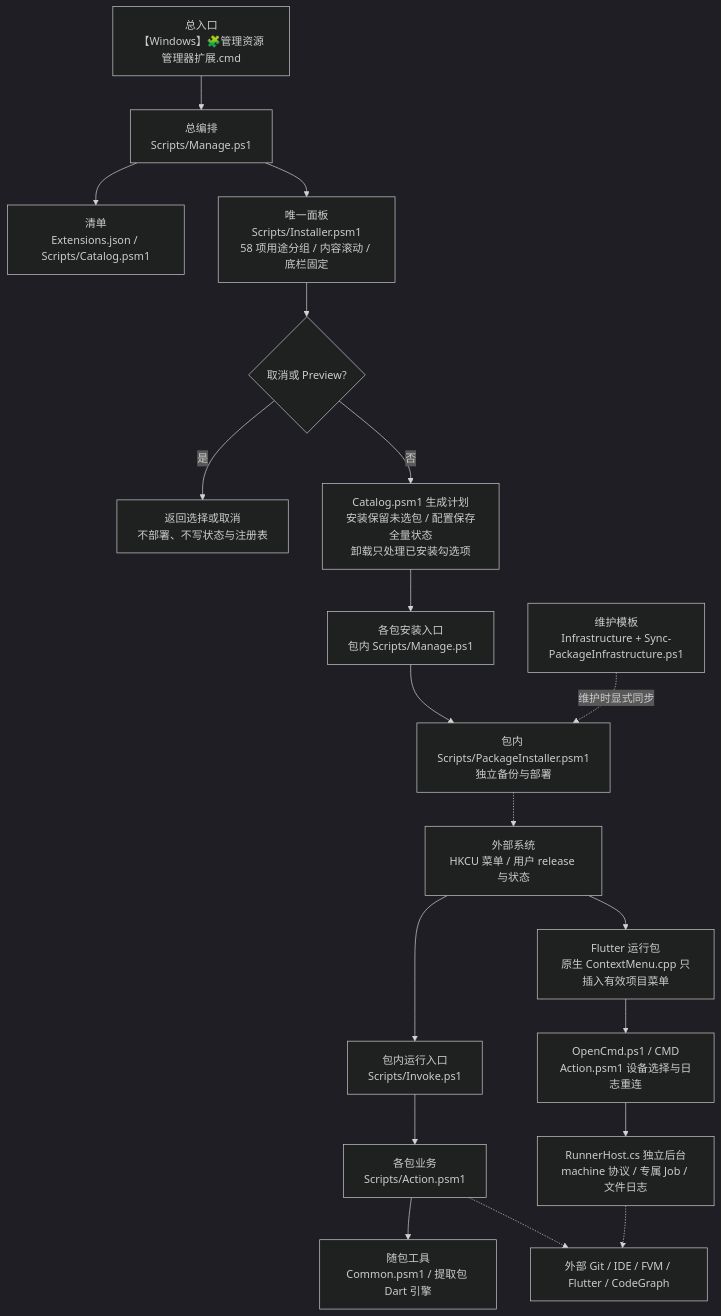
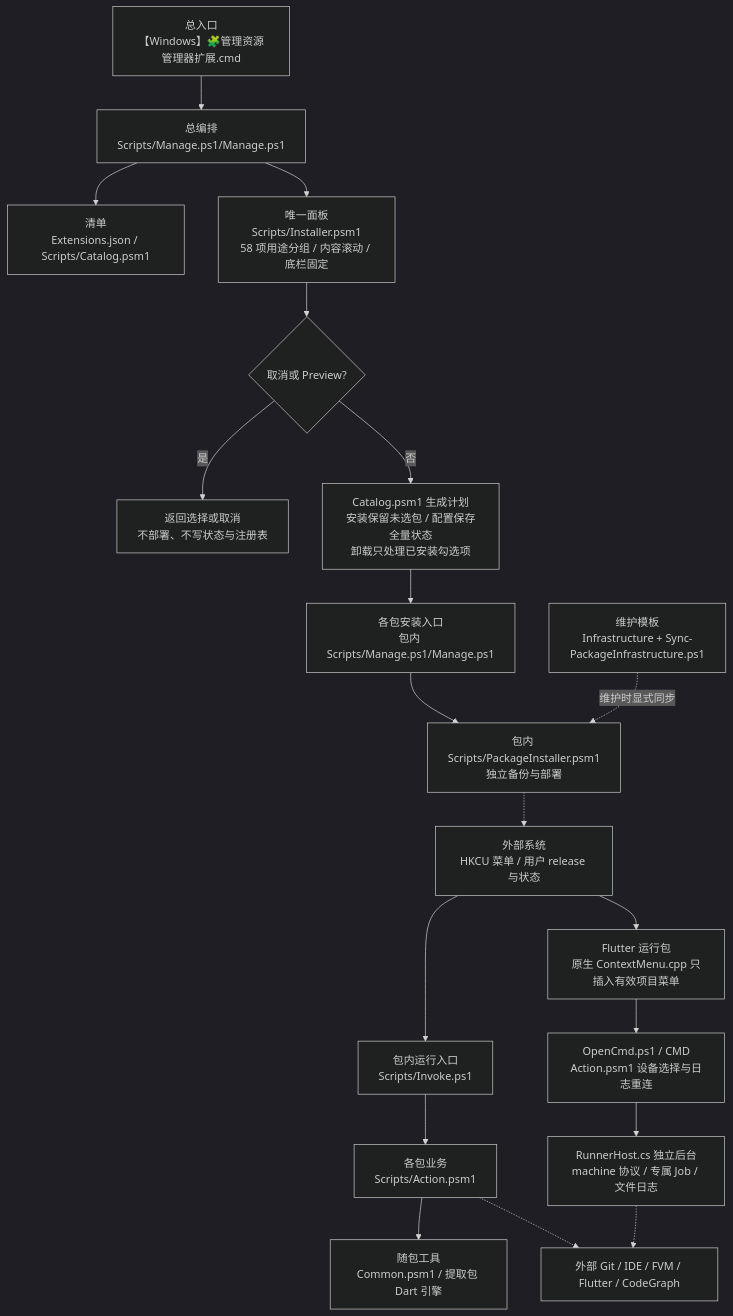
One commit to JobsKits/WindowsOS_Extension changed the first of 3 diagrams in README.md. Above: the diagram before and after it, drawn with Mermaid (dark theme). The commit also changed other lines of this file and 1379 other files, not shown here.

````diff
--- a/README.md
+++ b/README.md
@@ -545,21 +557,21 @@
 ```mermaid
 flowchart TD
-    A["总入口<br/>【Windows】🧩管理资源管理器扩展.cmd"] --> B["总编排<br/>Scripts/Manage.ps1"]
+    A["总入口<br/>【Windows】🧩管理资源管理器扩展.cmd"] --> B["总编排<br/>Scripts/Manage.ps1/Manage.ps1"]
     B --> C["清单<br/>Extensions.json / Scripts/Catalog.psm1"]
     B --> D["唯一面板<br/>Scripts/Installer.psm1<br/>58 项用途分组 / 内容滚动 / 底栏固定"]
     D --> P{"取消或 Preview?"}
     P -->|是| Q["返回选择或取消<br/>不部署、不写状态与注册表"]
     P -->|否| R["Catalog.psm1 生成计划<br/>安装保留未选包 / 配置保存全量状态<br/>卸载只处理已安装勾选项"]
-    R --> E["各包安装入口<br/>包内 Scripts/Manage.ps1"]
+    R --> E["各包安装入口<br/>包内 Scripts/Manage.ps1/Manage.ps1"]
     E --> F["包内 Scripts/PackageInstaller.psm1<br/>独立备份与部署"]
     F -.-> G["外部系统<br/>HKCU 菜单 / 用户 release 与状态"]
     G --> H["包内运行入口<br/>Scripts/Invoke.ps1"]
     H --> I["各包业务<br/>Scripts/Action.psm1"]
     I --> J["随包工具<br/>Common.psm1 / 提取包 Dart 引擎"]
     I -.-> K["外部 Git / IDE / FVM / Flutter / CodeGraph"]
     G --> N["Flutter 运行包<br/>原生 ContextMenu.cpp 只插入有效项目菜单"]
     N --> O["OpenCmd.ps1 / CMD<br/>Action.psm1 设备选择与日志重连"]
     O --> T["RunnerHost.cs 独立后台<br/>machine 协议 / 专属 Job / 文件日志"]
     T -.-> K
     L["维护模板<br/>Infrastructure + Sync-PackageInfrastructure.ps1"] -.->|维护时显式同步| F
 ```
````
